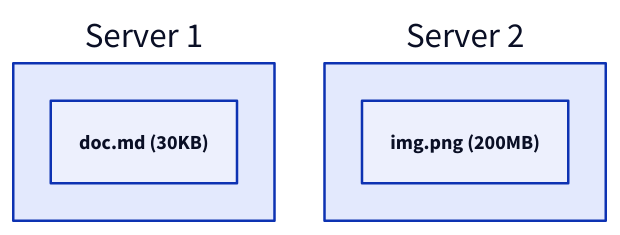
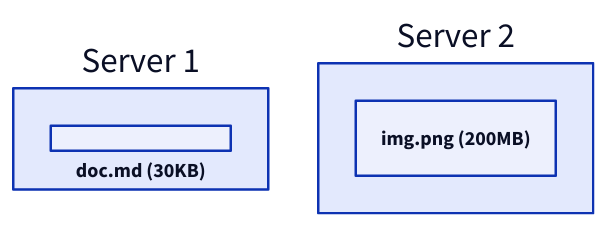
Before and after one commit to link1905/system-design-101: the fifth of 19 diagrams in content/docs/data-persistence/media-storage.md, drawn with D2. The commit also changed other lines of this file and 40 other files, not shown here.

````diff
--- a/content/docs/data-persistence/media-storage.md
+++ b/content/docs/data-persistence/media-storage.md
@@ -145,12 +153,14 @@
 ```d2
 s1: Server 1 {
   "doc.md (30KB)" {
     class: file
+    height: 20
   }
 }
 s2: Server 2 {
   "img.png (200MB)" {
     class: file
+    height: 60
   }
 }
 ```
````
